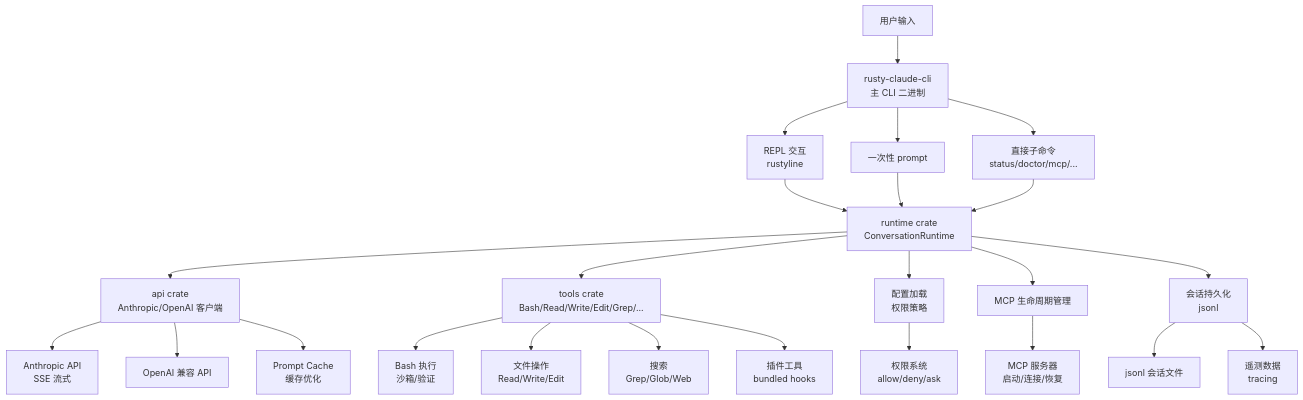
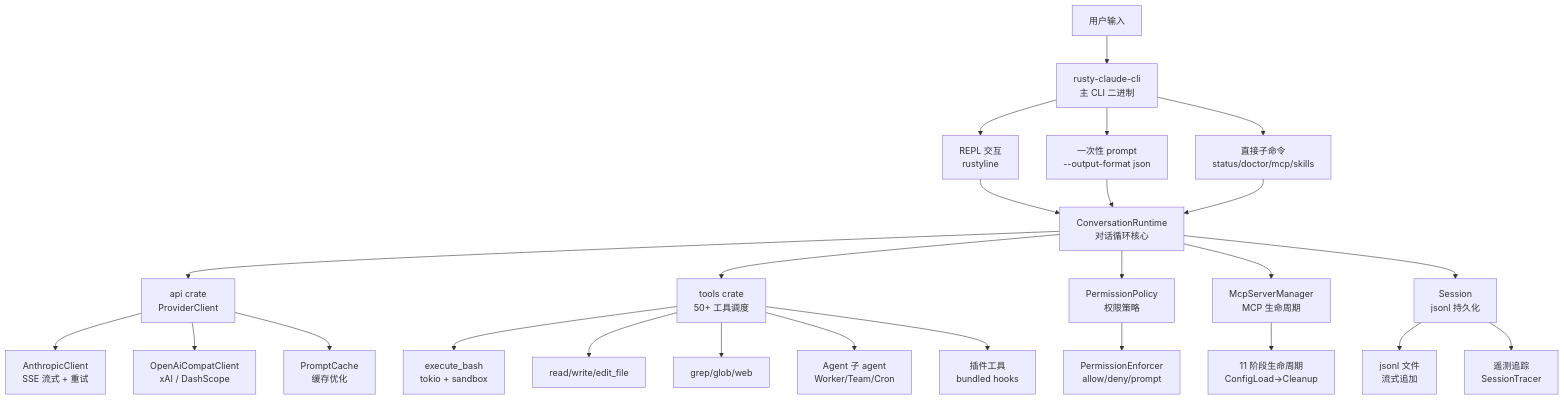
Before and after one commit to jack19910921/personal-study: the first of 2 diagrams in source-code/claw-code/claw-code_源码解读.md, drawn with Mermaid. The commit also changed other lines of this file, not shown here.

````diff
--- a/source-code/claw-code/claw-code_源码解读.md
+++ b/source-code/claw-code/claw-code_源码解读.md
@@ -32,33 +32,34 @@
 ```mermaid
 flowchart TD
     User[用户输入] --> CLI[rusty-claude-cli<br/>主 CLI 二进制]
 
     CLI --> REPL[REPL 交互<br/>rustyline]
-    CLI --> OneShot[一次性 prompt]
-    CLI --> Direct[直接子命令<br/>status/doctor/mcp/...]
+    CLI --> OneShot[一次性 prompt<br/>--output-format json]
+    CLI --> Direct[直接子命令<br/>status/doctor/mcp/skills]
 
-    REPL --> Runtime[runtime crate<br/>ConversationRuntime]
-    OneShot --> Runtime
-    Direct --> Runtime
+    REPL --> RT[ConversationRuntime<br/>对话循环核心]
+    OneShot --> RT
+    Direct --> RT
 
-    Runtime --> API[api crate<br/>Anthropic/OpenAI 客户端]
-    Runtime --> Tools[tools crate<br/>Bash/Read/Write/Edit/Grep/...]
-    Runtime --> Config[配置加载<br/>权限策略]
-    Runtime --> MCP[MCP 生命周期管理]
-    Runtime --> Session[会话持久化<br/>jsonl]
+    RT --> API[api crate<br/>ProviderClient]
+    RT --> Tools[tools crate<br/>50+ 工具调度]
+    RT --> Perm[PermissionPolicy<br/>权限策略]
+    RT --> MCP[McpServerManager<br/>MCP 生命周期]
+    RT --> Session[Session<br/>jsonl 持久化]
 
-    API --> Anthropic[Anthropic API<br/>SSE 流式]
-    API --> OpenAI[OpenAI 兼容 API]
-    API --> Cache[Prompt Cache<br/>缓存优化]
+    API --> Anthropic[AnthropicClient<br/>SSE 流式 + 重试]
+    API --> OpenAI[OpenAiCompatClient<br/>xAI / DashScope]
+    API --> Cache[PromptCache<br/>缓存优化]
 
-    Tools --> BashExec[Bash 执行<br/>沙箱/验证]
-    Tools --> FileOps[文件操作<br/>Read/Write/Edit]
-    Tools --> Search[搜索<br/>Grep/Glob/Web]
+    Tools --> BashExec[execute_bash<br/>tokio + sandbox]
+    Tools --> FileOps[read/write/edit_file]
+    Tools --> Search[grep/glob/web]
+    Tools --> Agent[Agent 子 agent<br/>Worker/Team/Cron]
     Tools --> Plugin[插件工具<br/>bundled hooks]
 
-    Config --> Perm[权限系统<br/>allow/deny/ask]
-    MCP --> MCPLifecycle[MCP 服务器<br/>启动/连接/恢复]
+    Perm --> Enforcer[PermissionEnforcer<br/>allow/deny/prompt]
+    MCP --> Lifecycle[11 阶段生命周期<br/>ConfigLoad→Cleanup]
 
-    Session --> Jsonl[jsonl 会话文件]
-    Session --> Telemetry[遥测数据<br/>tracing]
+    Session --> Jsonl[jsonl 文件<br/>流式追加]
+    Session --> Telemetry[遥测追踪<br/>SessionTracer]
 ```
````
